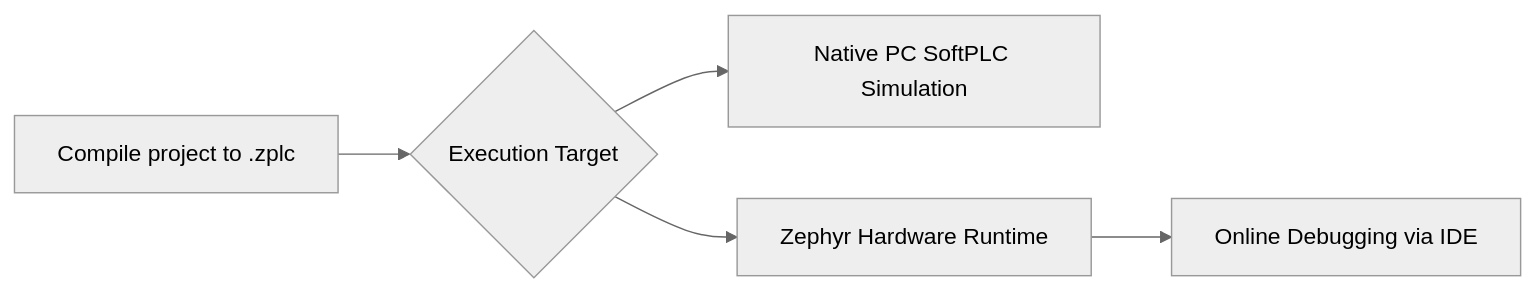
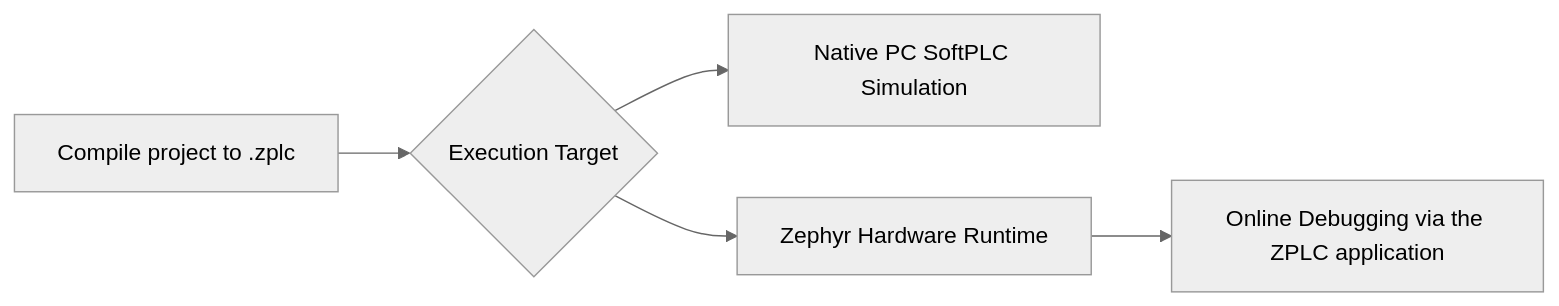
One commit to eduardojvieira/ZPLC changed the diagram in docs/docs/integration/index.md. Above: the diagram before and after it, drawn with Mermaid (neutral theme). The commit also changed other lines of this file and 23 other files, not shown here.

First line of the commit message:
docs(contributing): call the application ZPLC in the remaining pages (decision D-03)

````diff
--- a/docs/docs/integration/index.md
+++ b/docs/docs/integration/index.md
@@ -18,7 +18,7 @@
 ```mermaid
 flowchart LR
   A[Compile project to .zplc] --> B{Execution Target}
   B --> D[Native PC SoftPLC Simulation]
   B --> E[Zephyr Hardware Runtime]
-  E --> F[Online Debugging via IDE]
+  E --> F[Online Debugging via the ZPLC application]
 ```
````
